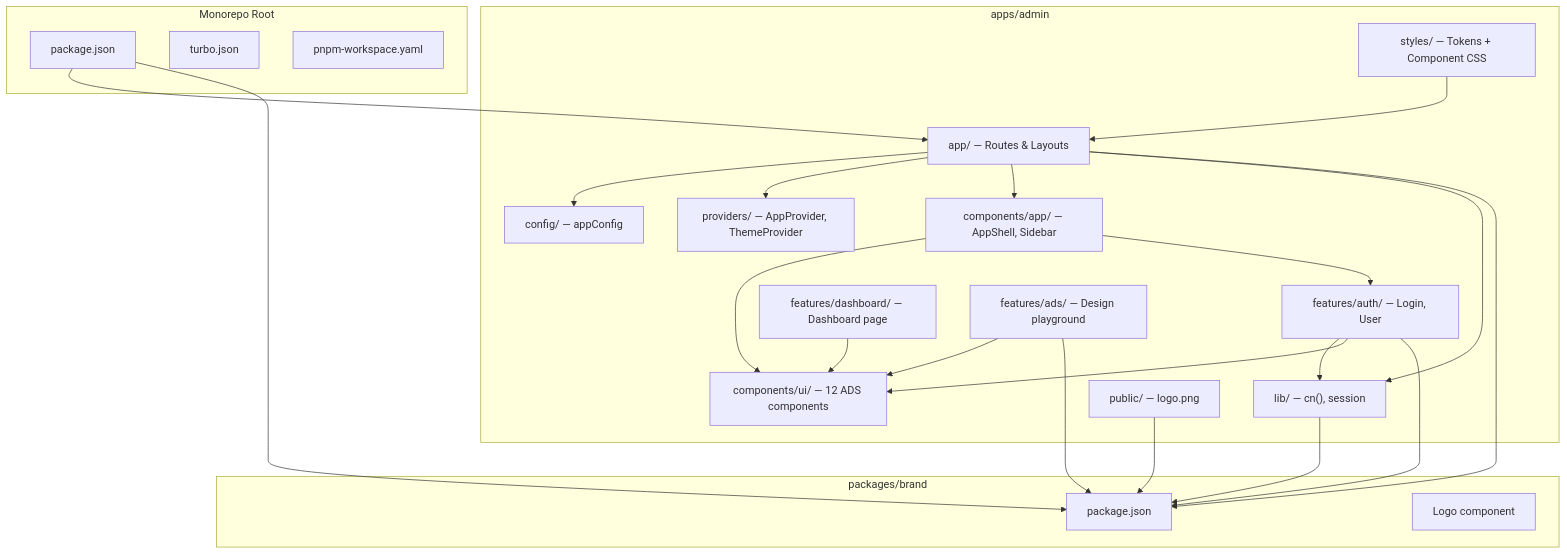
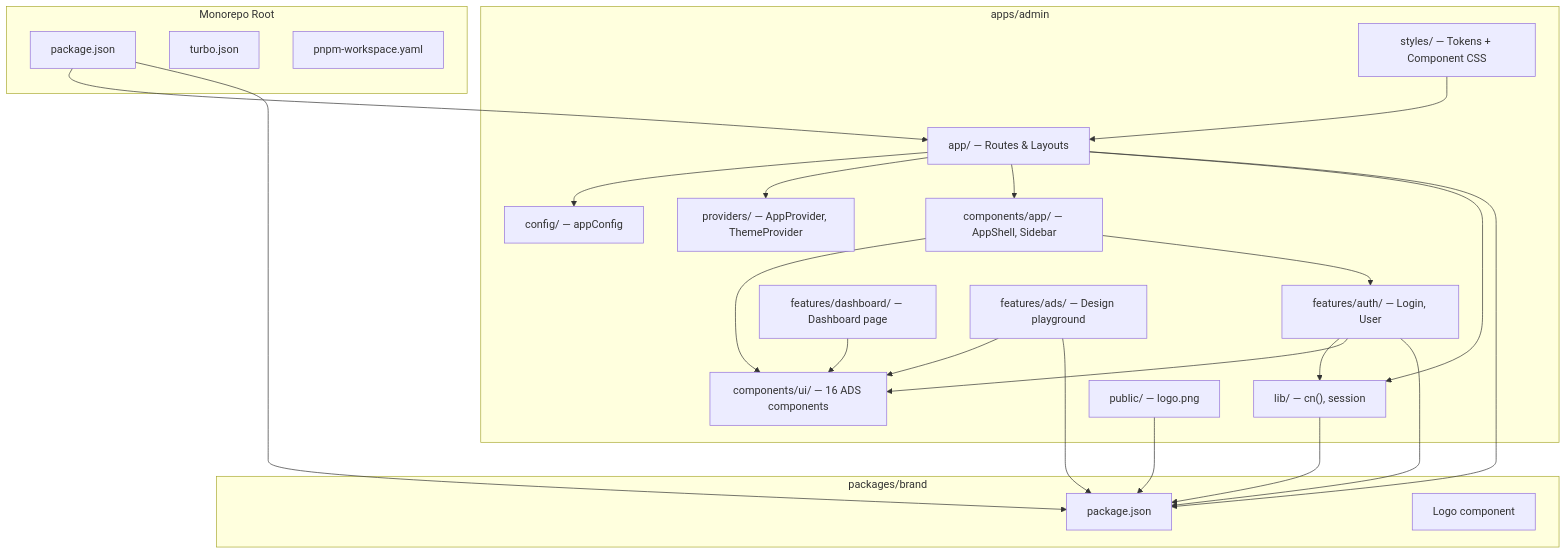
Before and after one commit to fuadrifki/almaarif-jambi-plus: the ninth of 11 diagrams in .ai/ARCHITECTURE.md, drawn with Mermaid. The commit also changed other lines of this file and 2 other files, not shown here.

Commit message:
feat(admin): implement UX foundation components

````diff
--- a/.ai/ARCHITECTURE.md
+++ b/.ai/ARCHITECTURE.md
@@ -859,52 +863,52 @@
 ```mermaid
 graph TD
     subgraph "Monorepo Root"
         ROOT_PKG["package.json"]
         TURBO["turbo.json"]
         WORKSPACE["pnpm-workspace.yaml"]
     end
 
     subgraph "apps/admin"
         APP["app/ — Routes & Layouts"]
         CONFIG["config/ — appConfig"]
         PROVIDERS["providers/ — AppProvider, ThemeProvider"]
-        COMP_UI["components/ui/ — 12 ADS components"]
+        COMP_UI["components/ui/ — 16 ADS components"]
         COMP_APP["components/app/ — AppShell, Sidebar"]
         FEAT_AUTH["features/auth/ — Login, User"]
         FEAT_DASH["features/dashboard/ — Dashboard page"]
         FEAT_ADS["features/ads/ — Design playground"]
         LIB["lib/ — cn(), session"]
         STYLES["styles/ — Tokens + Component CSS"]
         PUBLIC["public/ — logo.png"]
     end
 
     subgraph "packages/brand"
         BRAND_PKG["package.json"]
         LOGO["Logo component"]
     end
 
     ROOT_PKG --> APP
     ROOT_PKG --> BRAND_PKG
 
     APP --> CONFIG
     APP --> PROVIDERS
     APP --> COMP_APP
     APP --> LIB
 
     COMP_APP --> COMP_UI
     COMP_APP --> FEAT_AUTH
 
     FEAT_AUTH --> LIB
     FEAT_AUTH --> COMP_UI
 
     FEAT_DASH --> COMP_UI
     FEAT_ADS --> COMP_UI
 
     LIB --> BRAND_PKG
     APP --> BRAND_PKG
     FEAT_AUTH --> BRAND_PKG
     FEAT_ADS --> BRAND_PKG
 
     STYLES --> APP
     PUBLIC --> BRAND_PKG
 ```
````
